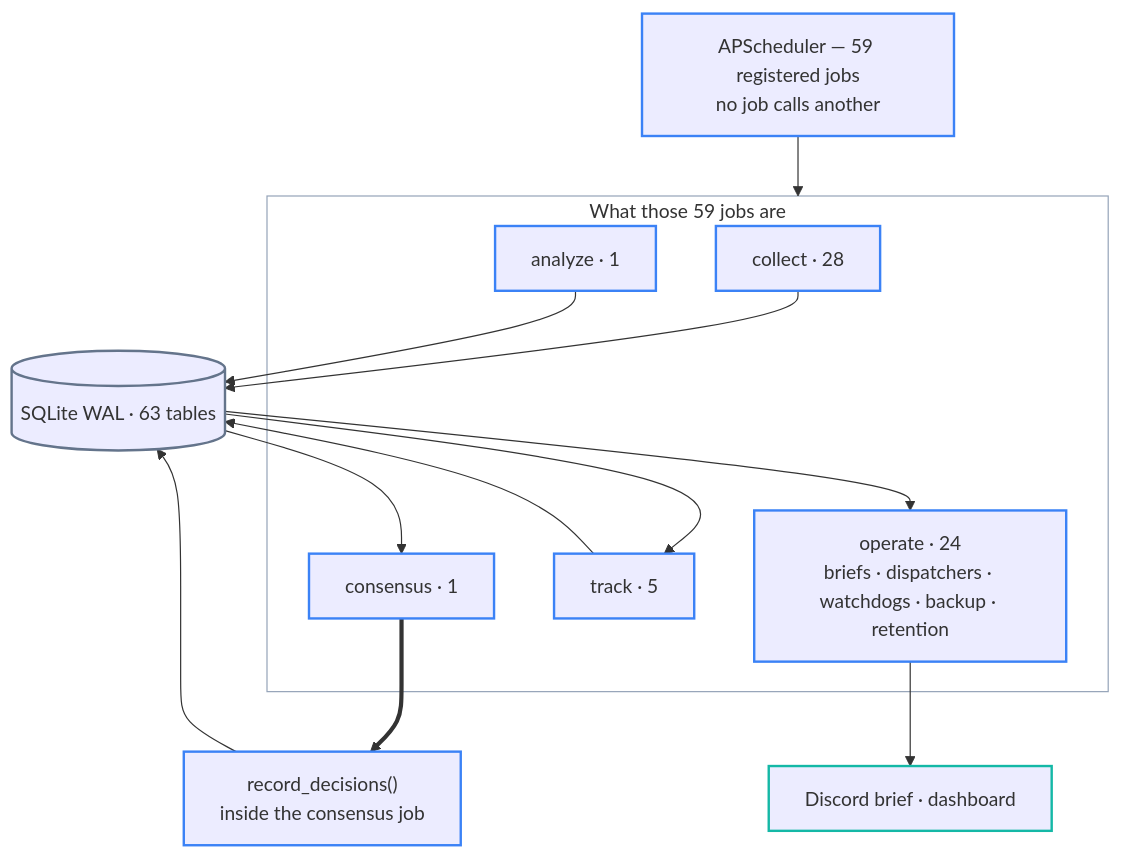
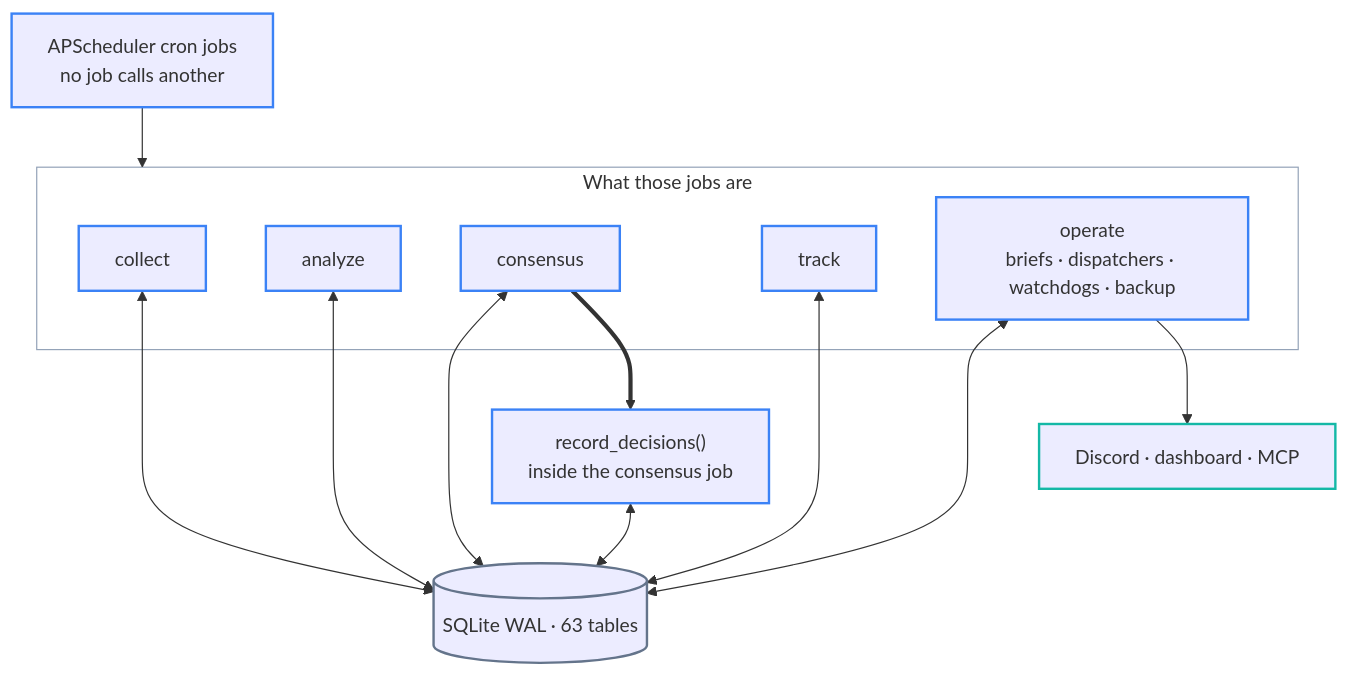
Before and after one commit to researcherhojin/nuri-quant: the second of 4 diagrams in docs/ARCHITECTURE.md, drawn with Mermaid. The commit also changed other lines of this file and 10 other files, not shown here.

First line of the commit message:
docs: rewrite README and ARCHITECTURE against the code, with an official System Flow section (#1774)

````diff
--- a/docs/ARCHITECTURE.md
+++ b/docs/ARCHITECTURE.md
@@ -23,35 +99,35 @@
 ```mermaid
 flowchart TB
-    CLOCK["APScheduler — 59 registered jobs<br/>no job calls another"]
+    CLOCK["APScheduler cron jobs<br/>no job calls another"]
 
-    subgraph JOBS["What those 59 jobs are"]
-        JC["collect · 28"]
-        JA["analyze · 1"]
-        JD["consensus · 1"]
-        JT["track · 5"]
-        JO["operate · 24<br/>briefs · dispatchers · watchdogs · backup · retention"]
+    subgraph JOBS["What those jobs are"]
+        JC["collect"]
+        JA["analyze"]
+        JD["consensus"]
+        JT["track"]
+        JO["operate<br/>briefs · dispatchers · watchdogs · backup"]
     end
 
     DB[("SQLite WAL · 63 tables")]
     RD["record_decisions()<br/>inside the consensus job"]
-    OUT["Discord brief · dashboard"]
+    OUT["Discord · dashboard · MCP"]
 
     CLOCK --> JOBS
-    JC --> DB
-    JA --> DB
-    DB --> JD
+    JC <--> DB
+    JA <--> DB
+    JD <--> DB
     JD ==> RD
-    RD --> DB
-    DB --> JT
-    JT --> DB
-    DB --> JO --> OUT
+    RD <--> DB
+    JT <--> DB
+    JO <--> DB
+    JO --> OUT
 
     classDef step  stroke:#3b82f6,stroke-width:2px
     classDef store stroke:#64748b,stroke-width:2px
     classDef out   stroke:#14b8a6,stroke-width:2px
     classDef zone  fill:none,stroke:#94a3b8,stroke-width:1px
     class CLOCK,JC,JA,JD,JT,JO,RD step
     class DB store
     class OUT out
     class JOBS zone
 ```
````
